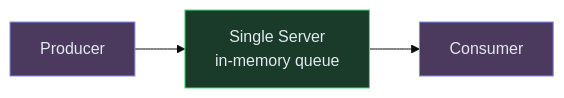
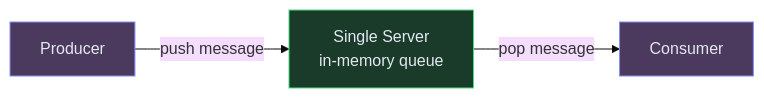
One commit to iluzn/HLD-Designs changed the first of 7 diagrams in content/hld/MessageQueue.md. Above: the diagram before and after it, drawn with Mermaid (base theme). The commit also changed other lines of this file and 26 other files, not shown here.

````diff
--- a/content/hld/MessageQueue.md
+++ b/content/hld/MessageQueue.md
@@ -23,12 +25,12 @@
 ```mermaid
 flowchart LR
     PROD["Producer"]:::client
     QUEUE["Single Server<br/>in-memory queue"]:::service
     CONS["Consumer"]:::client
 
-    PROD --> QUEUE
-    QUEUE --> CONS
+    PROD -->|"push message"| QUEUE
+    QUEUE -->|"pop message"| CONS
 
     classDef client fill:#4c3a5e,stroke:#818cf8,color:#e2e8f0
     classDef service fill:#1a3a2a,stroke:#4ade80,color:#e2e8f0
 ```
````
